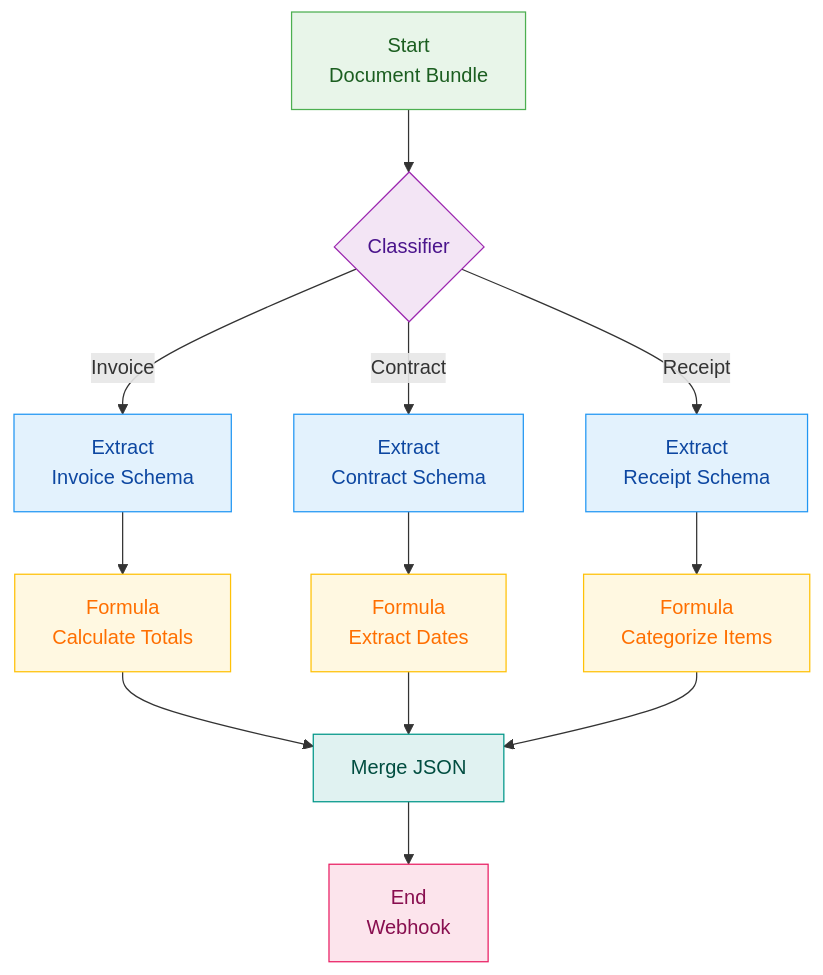
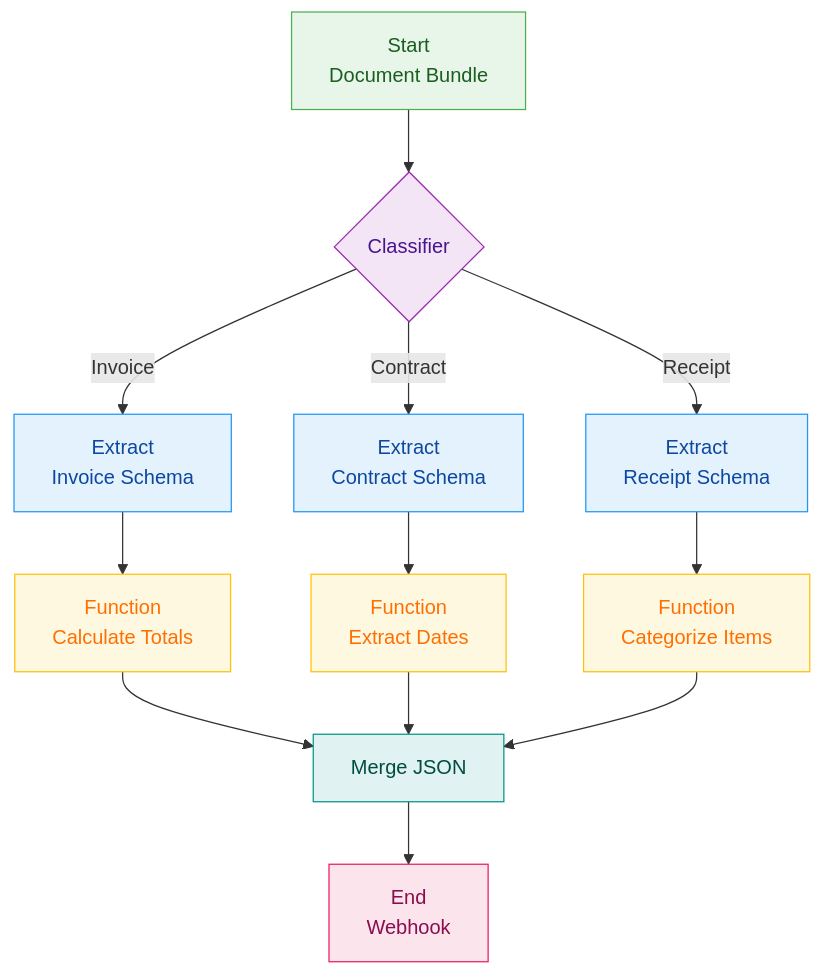
One commit to retab-dev/docs changed the second of 2 diagrams in workflows/Workflows.mdx. Above: the diagram before and after it, drawn with Mermaid. The commit also changed other lines of this file and 28 other files, not shown here.

````diff
--- a/workflows/Workflows.mdx
+++ b/workflows/Workflows.mdx
@@ -308,29 +306,29 @@
 ```mermaid
 flowchart TD
     A[Start\nDocument Bundle] --> B{Classifier}
     
     B -->|Invoice| C[Extract\nInvoice Schema]
     B -->|Contract| D[Extract\nContract Schema]
     B -->|Receipt| E[Extract\nReceipt Schema]
     
-    C --> F[Formula\nCalculate Totals]
-    D --> G[Formula\nExtract Dates]
-    E --> H[Formula\nCategorize Items]
+    C --> F[Function\nCalculate Totals]
+    D --> G[Function\nExtract Dates]
+    E --> H[Function\nCategorize Items]
     
     F --> I[Merge JSON]
     G --> I
     H --> I
     
     I --> J[End\nWebhook]
 
     style A fill:#e8f5e9,stroke:#4caf50,color:#1b5e20
     style B fill:#f3e5f5,stroke:#9c27b0,color:#4a148c
     style C fill:#e3f2fd,stroke:#2196f3,color:#0d47a1
     style D fill:#e3f2fd,stroke:#2196f3,color:#0d47a1
     style E fill:#e3f2fd,stroke:#2196f3,color:#0d47a1
     style F fill:#fff8e1,stroke:#ffc107,color:#ff6f00
     style G fill:#fff8e1,stroke:#ffc107,color:#ff6f00
     style H fill:#fff8e1,stroke:#ffc107,color:#ff6f00
     style I fill:#e0f2f1,stroke:#009688,color:#004d40
     style J fill:#fce4ec,stroke:#e91e63,color:#880e4f
 ```
````
